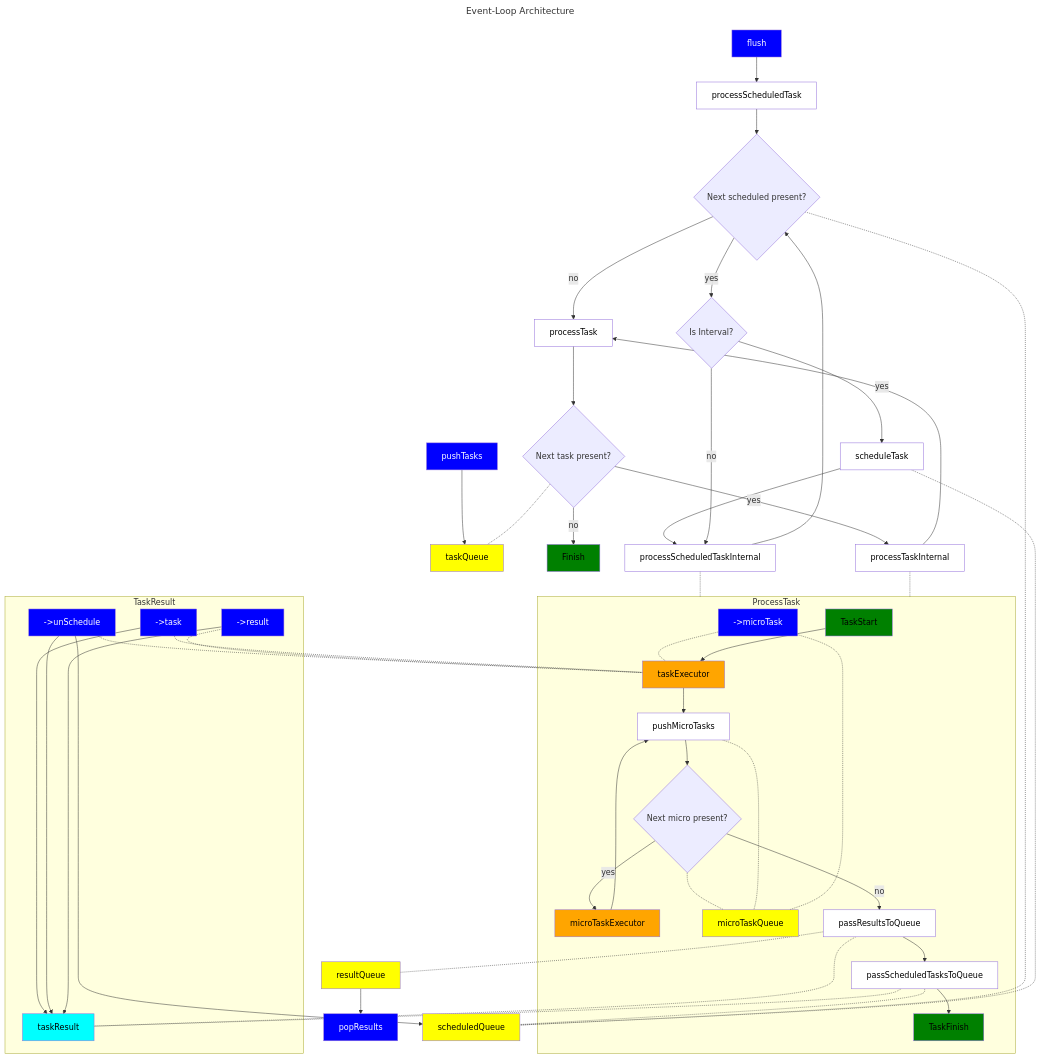
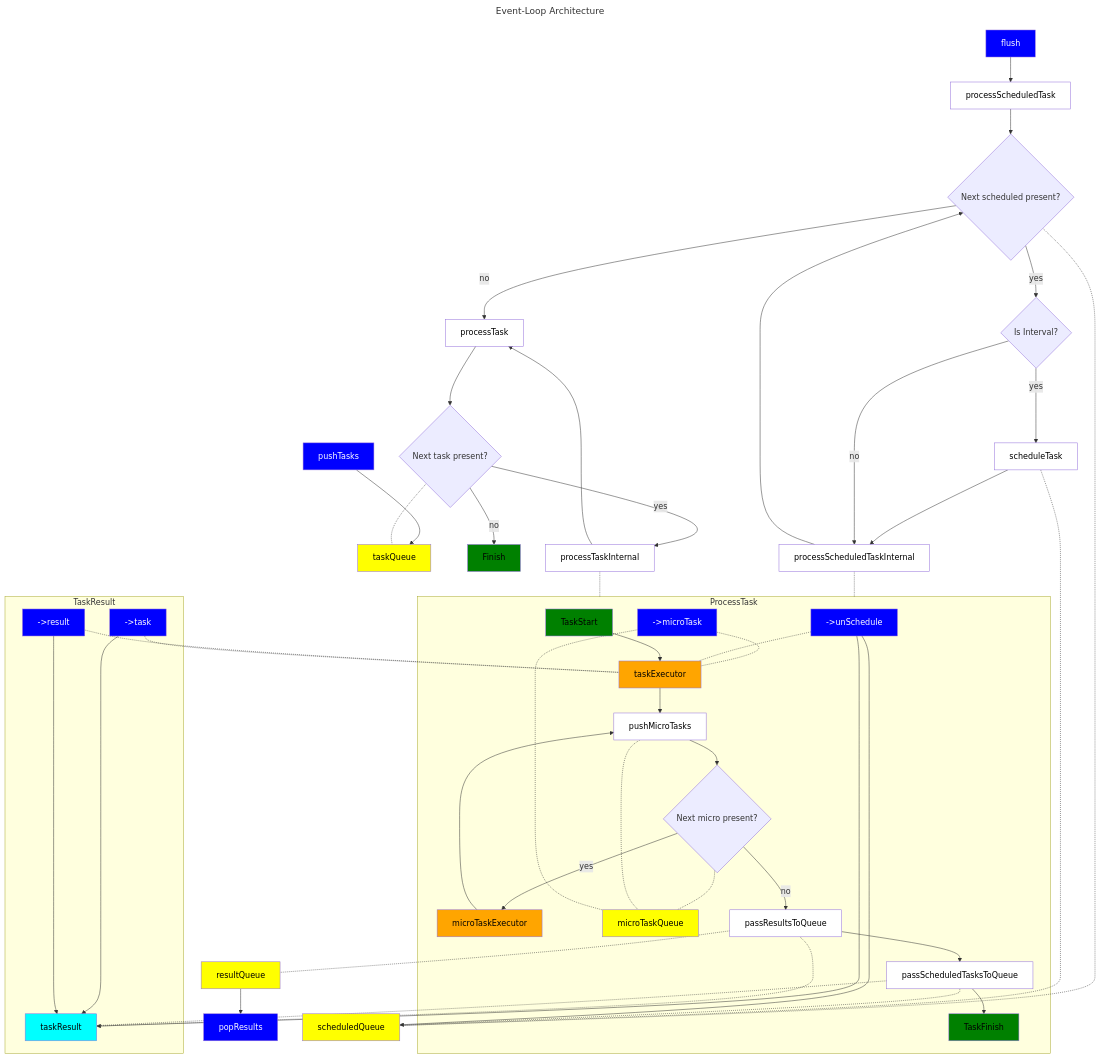
Before and after one commit to czlowiek488/OdinBasePack: the diagram in README.md, drawn with Mermaid. The commit also changed other lines of this file, not shown here.

```diff
--- a/README.md
+++ b/README.md
@@ -92,12 +92,12 @@
 
    subgraph TaskResult
       task --> taskResult
-      unSchedule --> taskResult
       result --> taskResult
    end
 
    subgraph ProcessTask
       taskExecutor --> pushMicroTasks
+      unSchedule --> taskResult
       microTask -.- taskExecutor
       unSchedule -.- taskExecutor
       result -.- taskExecutor
```
